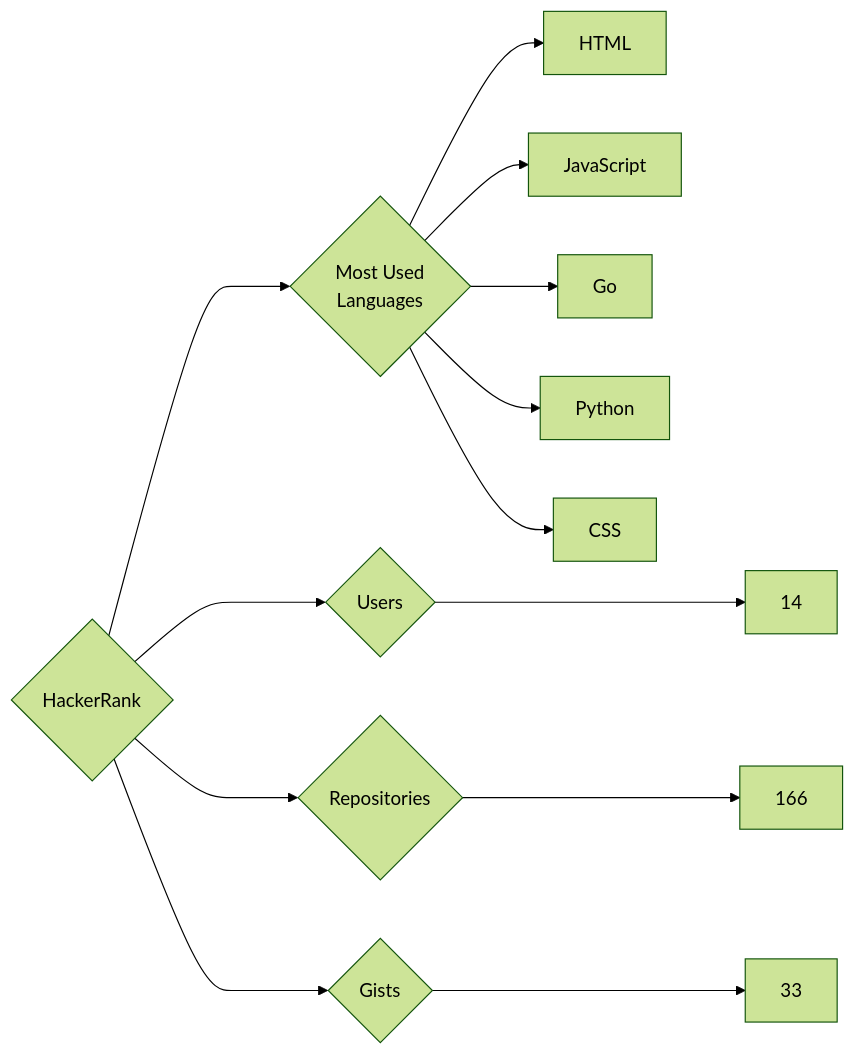
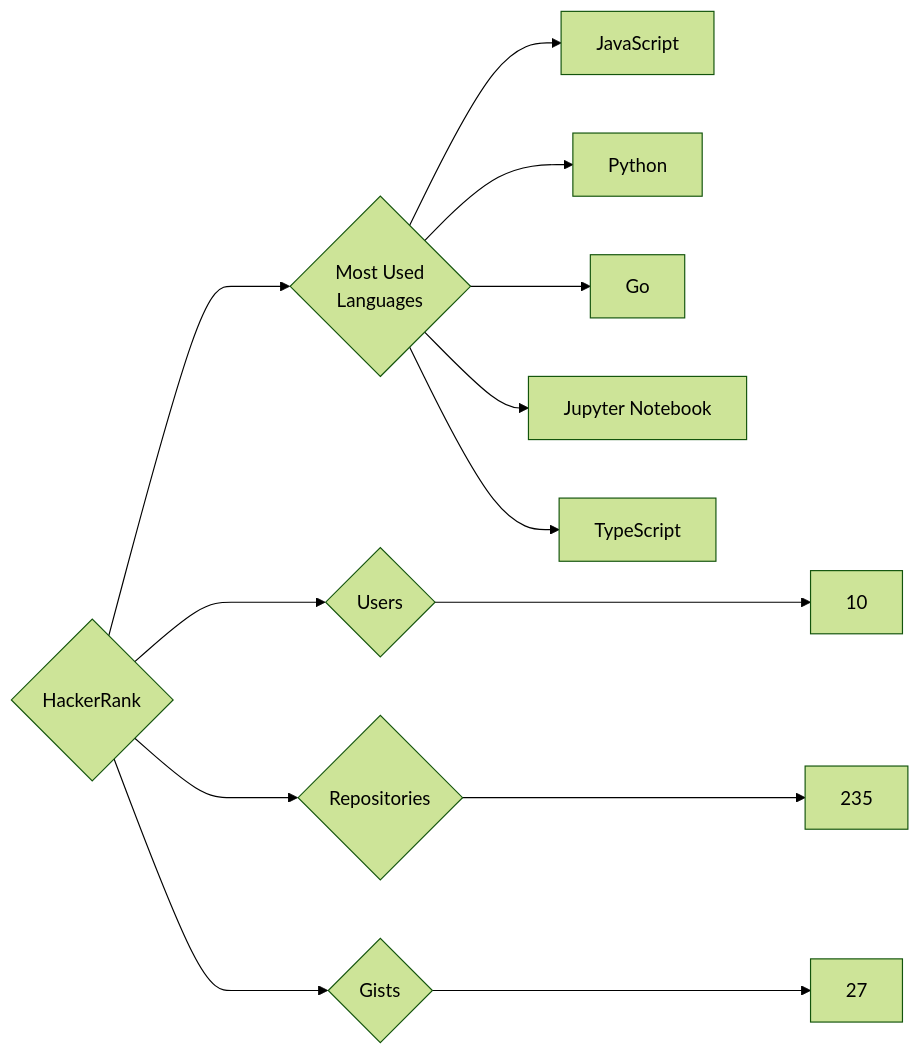
Before and after one commit to trickest/insiders: the diagram in targets/HackerRank/README.md, drawn with Mermaid (forest theme). The commit also changed 1007 other files, not shown here.

````diff
--- a/targets/HackerRank/README.md
+++ b/targets/HackerRank/README.md
@@ -3,13 +3,13 @@
 ```mermaid
 graph LR
 COMPANY_NAME{HackerRank}
-COMPANY_NAME ---> U{Users} ---> UN[14]
-COMPANY_NAME ---> R{Repositories} ---> RN[166]
-COMPANY_NAME ---> G{Gists} ---> GN[33]
+COMPANY_NAME ---> U{Users} ---> UN[10]
+COMPANY_NAME ---> R{Repositories} ---> RN[235]
+COMPANY_NAME ---> G{Gists} ---> GN[27]
 COMPANY_NAME ---> ML{Most Used<br>Languages}
-ML --> HTML[HTML]
 ML --> JavaScript[JavaScript]
+ML --> Python[Python]
 ML --> Go[Go]
-ML --> Python[Python]
-ML --> CSS[CSS]
+ML --> Jupyter_Notebook[Jupyter Notebook]
+ML --> TypeScript[TypeScript]
 ```
````
